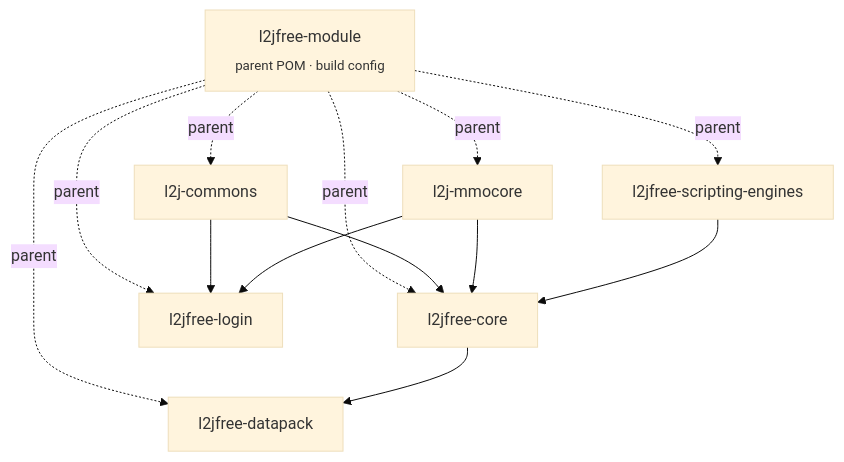
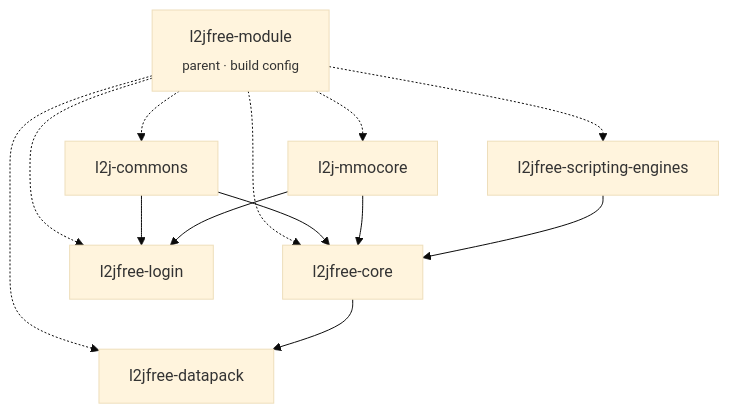
One commit to l2go/l2jfree changed the diagram in README.md. Above: the diagram before and after it, drawn with Mermaid (base theme). The commit also changed other lines of this file and 1 other file, not shown here.

````diff
--- a/README.md
+++ b/README.md
@@ -28,24 +27,14 @@
 ```mermaid
 graph TD
-    mod["l2jfree-module<br/><sub>parent POM · build config</sub>"]
-    commons["l2j-commons"]
-    mmocore["l2j-mmocore"]
-    script["l2jfree-scripting-engines"]
-    core["l2jfree-core"]
-    login["l2jfree-login"]
-    datapack["l2jfree-datapack"]
-
-    mod -.->|parent| commons
-    mod -.->|parent| mmocore
-    mod -.->|parent| script
-    mod -.->|parent| core
-    mod -.->|parent| login
-    mod -.->|parent| datapack
-
-    commons --> core
+    mod[l2jfree-module<br/><sub>parent · build config</sub>] -.-> commons[l2j-commons]
+    mod -.-> mmocore[l2j-mmocore]
+    mod -.-> script[l2jfree-scripting-engines]
+    mod -.-> core[l2jfree-core]
+    mod -.-> login[l2jfree-login]
+    mod -.-> datapack[l2jfree-datapack]
+    commons --> core --> datapack
     mmocore --> core
     script --> core
     commons --> login
     mmocore --> login
-    core --> datapack
 ```
````
